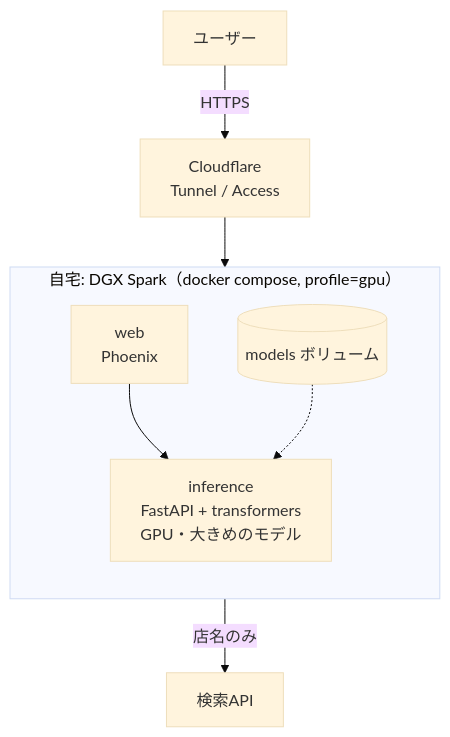
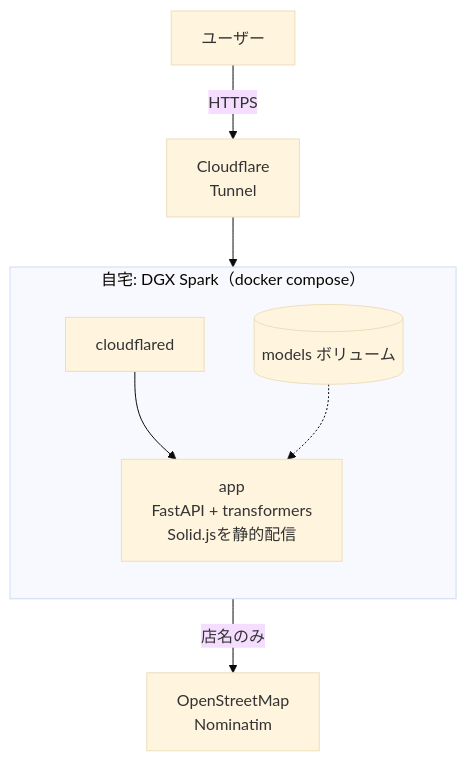
The third of 4 diagrams in docs/architecture.md (ndac-todoroki/receipt-tagger), drawn with Mermaid (base theme) before and after one commit. The commit also changed other lines of this file and 1 other file, not shown here.

First line of the commit message:
要件定義書と構成図に2026-10-23の方針決定を反映

````diff
--- a/docs/architecture.md
+++ b/docs/architecture.md
@@ -131,16 +126,15 @@
 ```mermaid
 flowchart TB
-    User["ユーザー"] -->|"HTTPS"| CF["Cloudflare<br/>Tunnel / Access"]
+    User["ユーザー"] -->|"HTTPS"| CF["Cloudflare<br/>Tunnel"]
 
-    subgraph Home["自宅: DGX Spark（docker compose, profile=gpu）"]
+    subgraph Home["自宅: DGX Spark（docker compose）"]
         direction TB
-        Web["web<br/>Phoenix"]
-        Inf["inference<br/>FastAPI + transformers<br/>GPU・大きめのモデル"]
+        Tun["cloudflared"]
+        App["app<br/>FastAPI + transformers<br/>Solid.jsを静的配信"]
         Vol[("models ボリューム")]
     end
 
-    CF --> Web
-    Web --> Inf
-    Vol -.-> Inf
-    Inf -->|"店名のみ"| Search["検索API"]
+    CF --> Tun --> App
+    Vol -.-> App
+    App -->|"店名のみ"| Search["OpenStreetMap<br/>Nominatim"]
 ```
````
